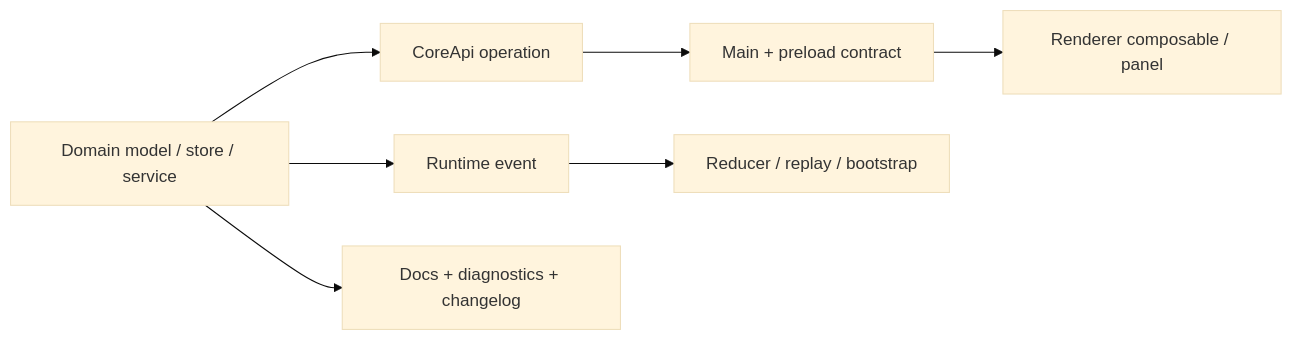
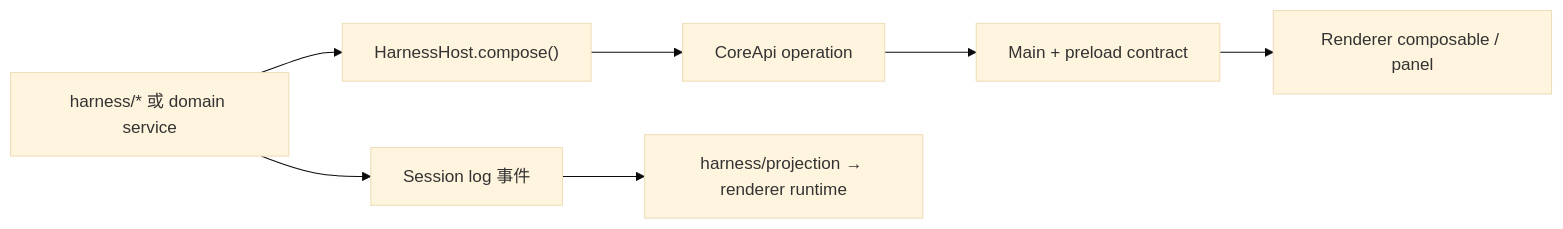
The diagram in docs/development/extending-emperor.md (TheSyart/emperor-agent), drawn with Mermaid (base theme) before and after one commit. The commit also changed other lines of this file and 1414 other files, not shown here.

````diff
--- a/docs/development/extending-emperor.md
+++ b/docs/development/extending-emperor.md
@@ -20,9 +21,9 @@
 ```mermaid
 flowchart LR
-  Domain["Domain model / store / service"] --> CoreApi["CoreApi operation"]
+  Kernel["harness/* 或 domain service"] --> Host["HarnessHost.compose()"]
+  Host --> CoreApi["CoreApi operation"]
   CoreApi --> IPC["Main + preload contract"]
   IPC --> UI["Renderer composable / panel"]
-  Domain --> Event["Runtime event"]
-  Event --> Projection["Reducer / replay / bootstrap"]
-  Domain --> Docs["Docs + diagnostics + changelog"]
+  Kernel --> Log["Session log 事件"]
+  Log --> Projection["harness/projection → renderer runtime"]
 ```
````
